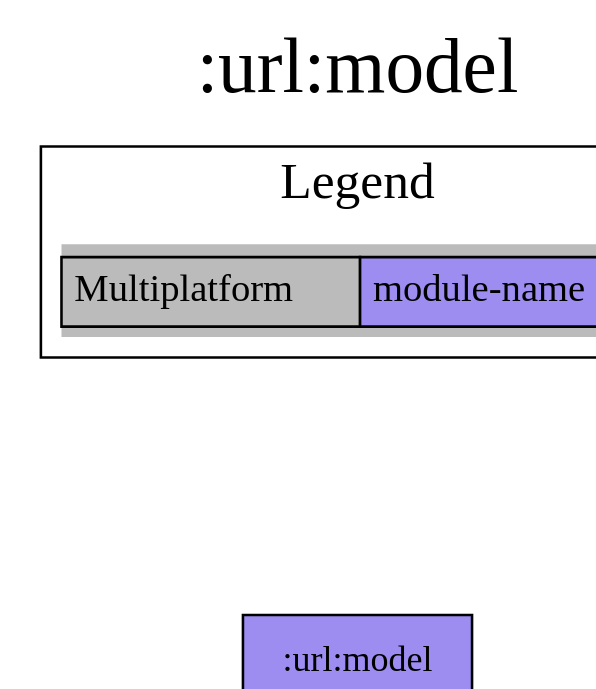
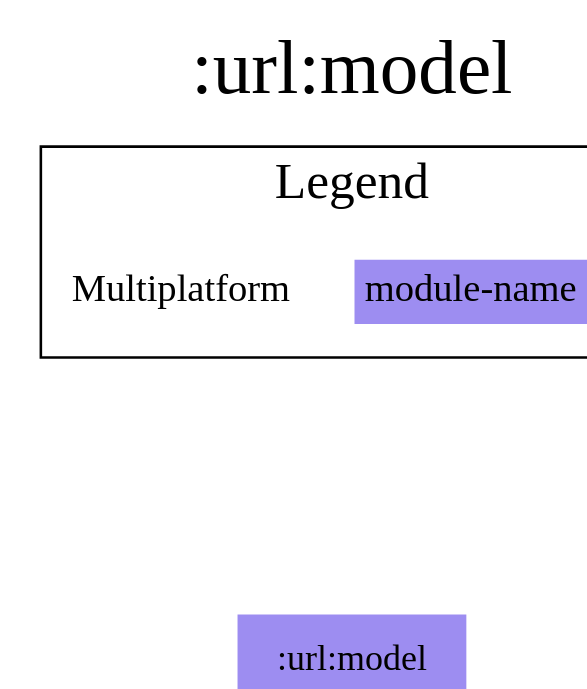
Before and after one commit to jonapoul/aktual: the diagram in modules/url/model/project-dependency-graph.dot, drawn with Graphviz. The commit also changed 117 other files, not shown here.

Commit message:
Reworked diagrams plugin a bit

```diff
--- a/modules/url/model/project-dependency-graph.dot
+++ b/modules/url/model/project-dependency-graph.dot
@@ -1,19 +1,19 @@
 digraph {
 edge ["dir"="forward"]
 graph ["dpi"="100","label"=":url:model","labelloc"="t","fontsize"="30","ranksep"="1.5","rankdir"="TB"]
 node ["style"="filled"]
-":url:model" ["fillcolor"="#9D8DF1","shape"="box"]
+":url:model" ["fillcolor"="#9D8DF1","shape"="none"]
 {
 edge ["dir"="none"]
 graph ["rank"="same"]
 }
 subgraph "cluster_legend" {
 edge ["dir"="none"]
 graph ["label"="Legend","fontsize"="20"]
-"Legend" ["style"="filled","fillcolor"="#bbbbbb","shape"="none","margin"="0","fontsize"="15","label"=<
-<TABLE BORDER="0" CELLBORDER="1" CELLSPACING="0" CELLPADDING="4">
+"Legend" ["style"="filled","fillcolor"="#FFFFFF","shape"="none","margin"="0","fontsize"="15","label"=<
+<TABLE BORDER="0" CELLBORDER="0" CELLSPACING="0" CELLPADDING="4">
 <TR><TD>Multiplatform</TD><TD BGCOLOR="#9D8DF1">module-name</TD></TR>
 </TABLE>
 >]
 } -> ":url:model" ["style"="invis"]
 }
```
